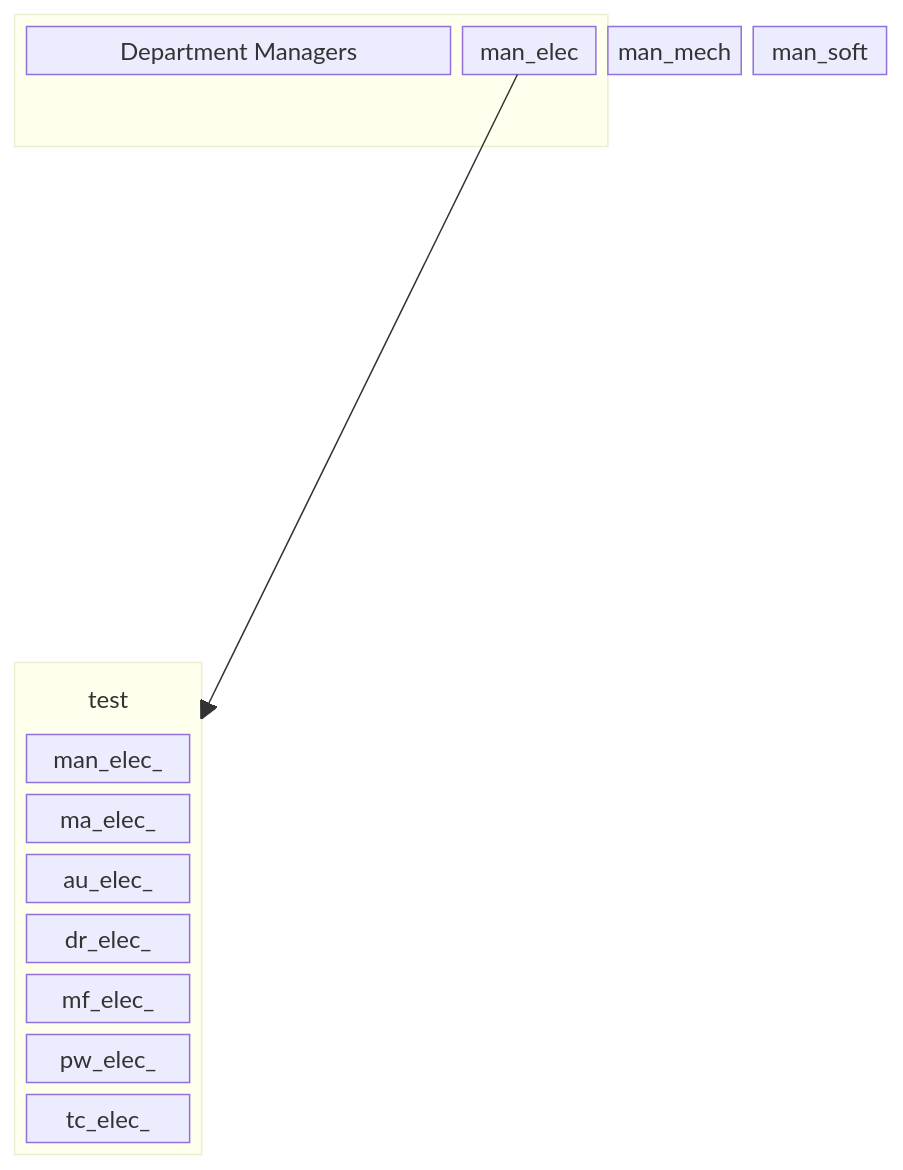
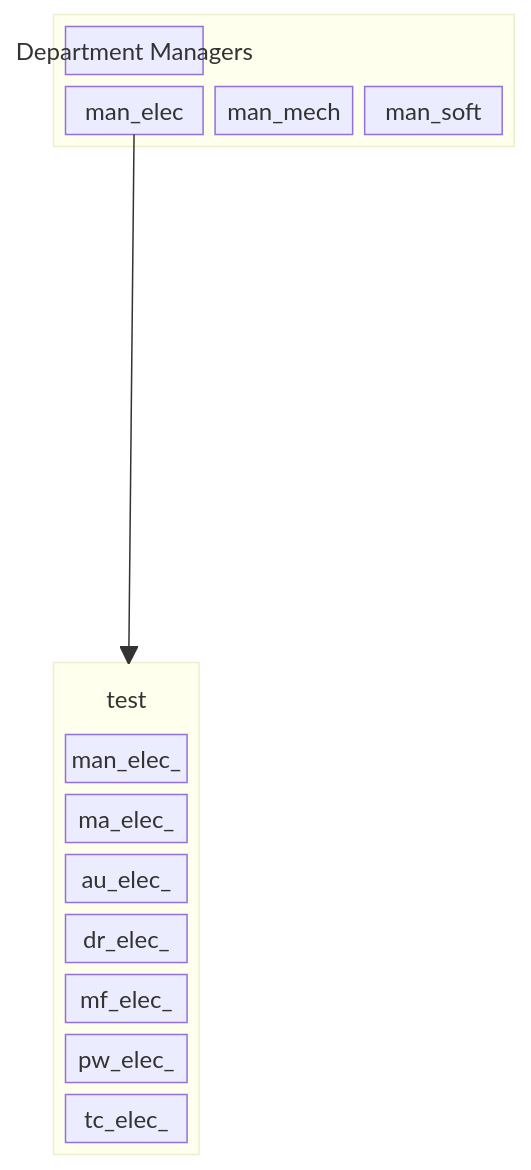
The diagram in README.md (FooGiGo-Org/.github), drawn with Mermaid before and after one commit.

Commit message:
Fix column definition in README.md

````diff
--- a/README.md
+++ b/README.md
@@ -1,27 +1,27 @@
 ```mermaid
 ---
 title: SCRB Matrix Organization
 ---
 block
     columns 3
     block:test:3
-        %%columns auto (default)
+        columns 3
         man["Department Managers"]:3
         man_elec man_mech man_soft
     end
     space:3
     block:meme
         columns 1
         uct("test")
         man_elec_
         ma_elec_
         au_elec_
         dr_elec_
         mf_elec_
         pw_elec_
         tc_elec_
     end
     man_elec --> meme
 class uct BT
 classDef BT stroke:transparent,fill:transparent
 ```
````
